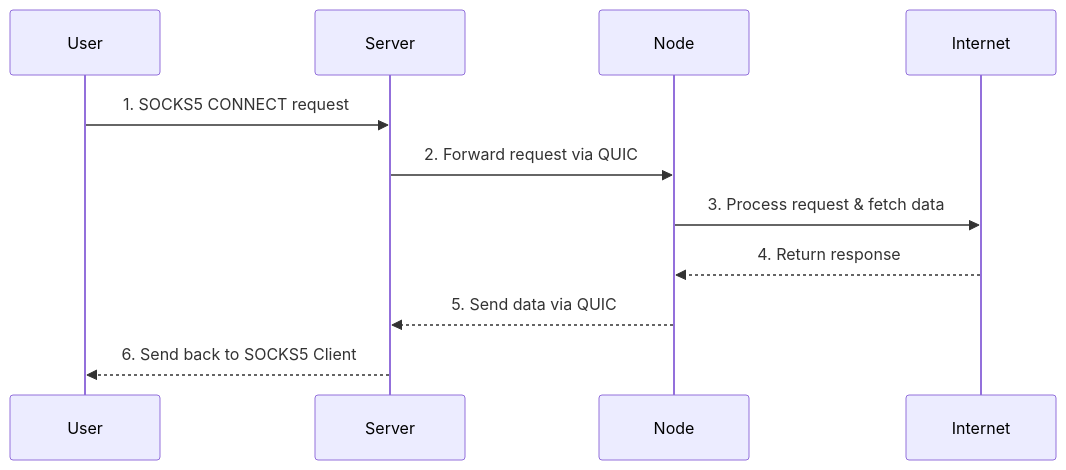
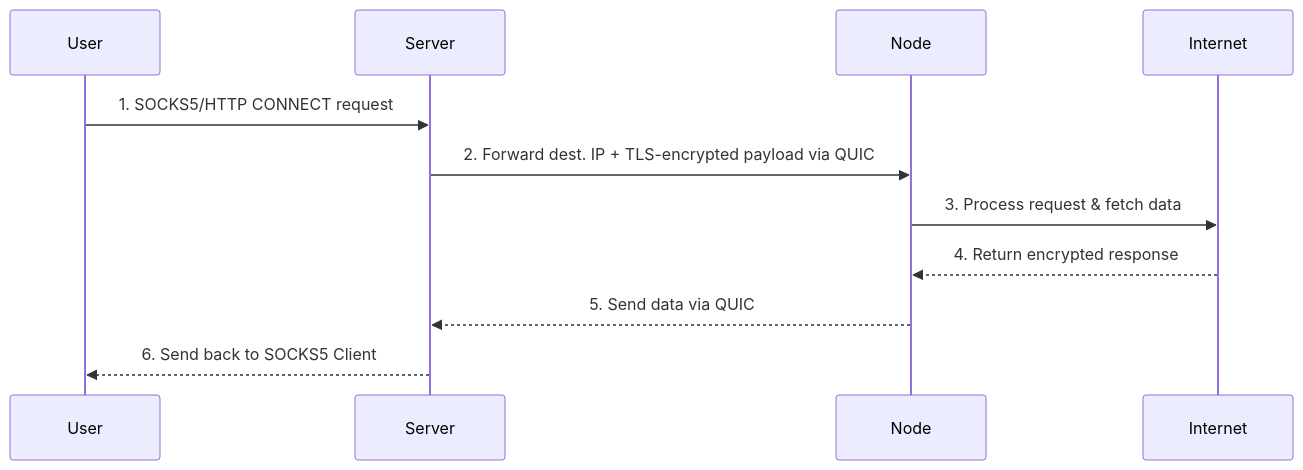
The second of 2 diagrams in README.md (L1shed/Turbo), drawn with Mermaid before and after one commit. The commit also changed other lines of this file and 9 other files, not shown here.

````diff
--- a/README.md
+++ b/README.md
@@ -121,14 +129,15 @@
 ```mermaid
 sequenceDiagram
     participant SOCKS5_Client as User
     participant Proxy_Server as Server
     participant Proxy_Client as Node
     participant Internet as Internet
 
-    SOCKS5_Client->>Proxy_Server: 1. SOCKS5 CONNECT request
-    Proxy_Server->>Proxy_Client: 2. Forward request via QUIC
+    SOCKS5_Client->>Proxy_Server: 1. SOCKS5/HTTP CONNECT request
+    Proxy_Server->>Proxy_Client: 2. Forward dest. IP + TLS-encrypted payload via QUIC 
     Proxy_Client->>Internet: 3. Process request & fetch data
-    Internet-->>Proxy_Client: 4. Return response
+    
+    Internet-->>Proxy_Client: 4. Return encrypted response
     Proxy_Client-->>Proxy_Server: 5. Send data via QUIC
     Proxy_Server-->>SOCKS5_Client: 6. Send back to SOCKS5 Client
 ```
````
